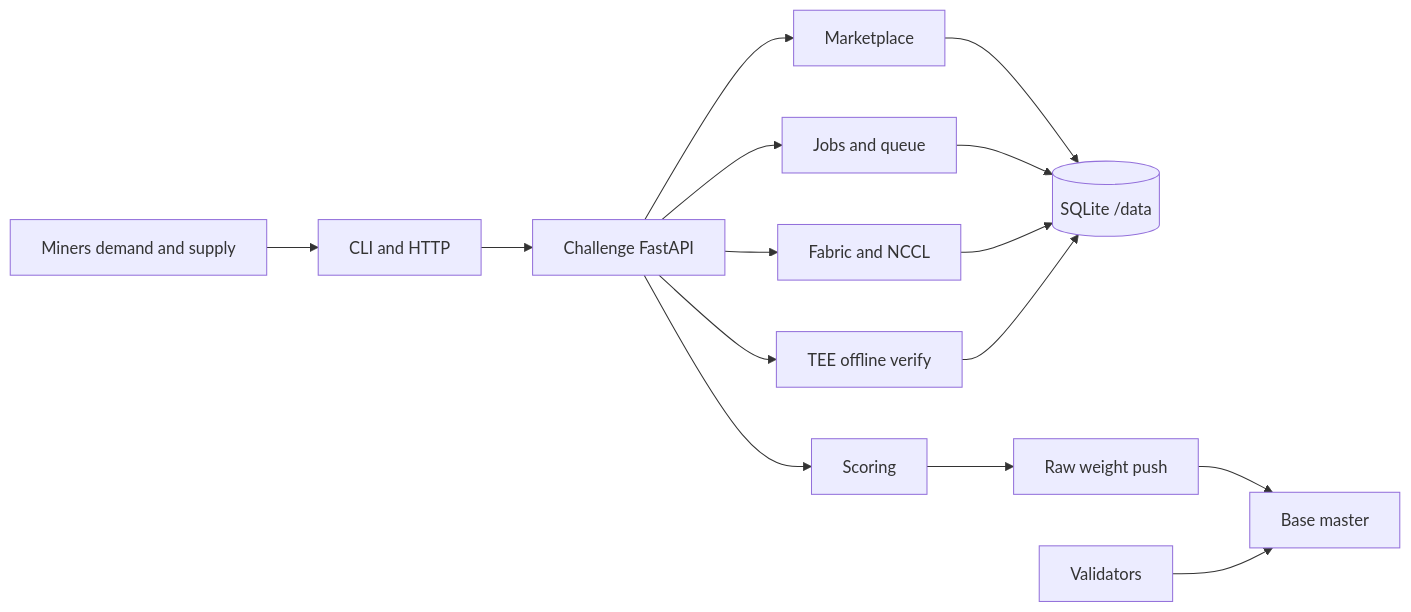
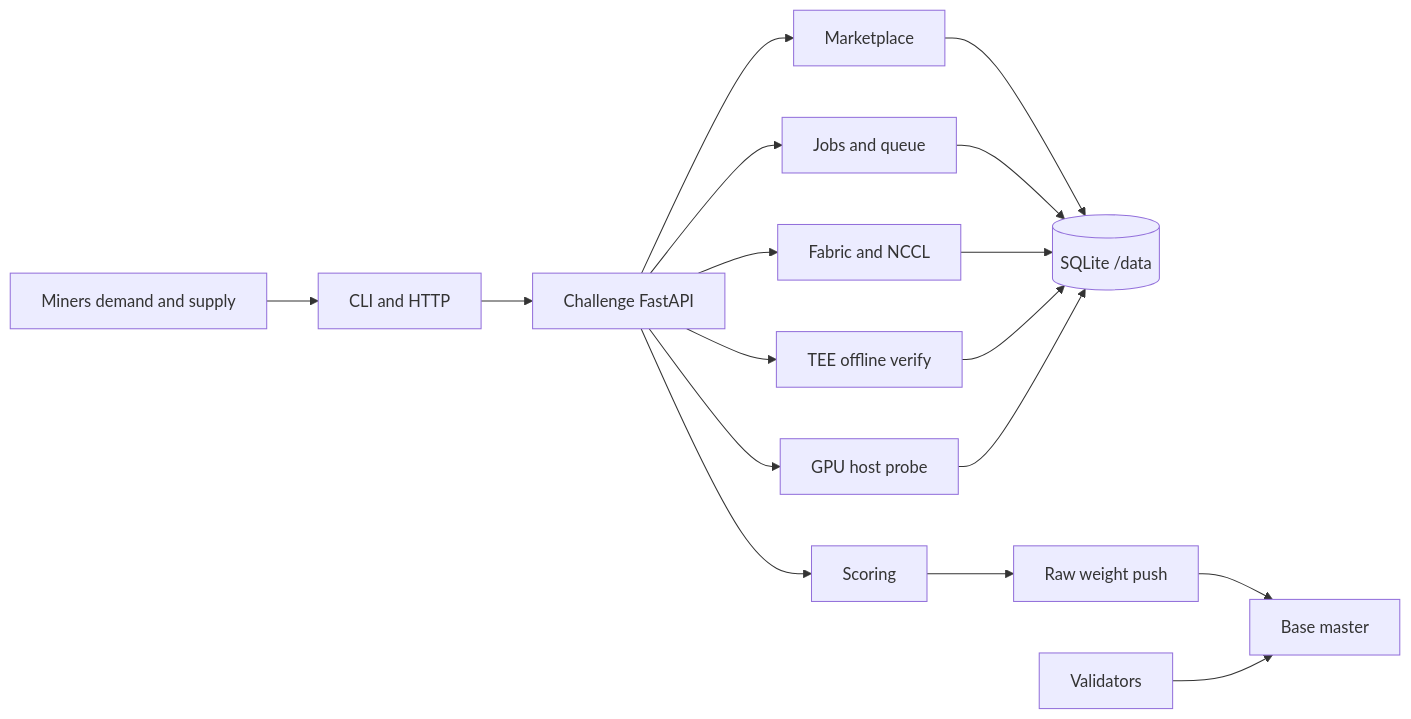
Before and after one commit to BaseIntelligence/hypercluster: the diagram in README.md, drawn with Mermaid. The commit also changed other lines of this file and 6 other files, not shown here.

First line of the commit message:
Document GPU probe fatal table, FakeSsh CI, and Verda fence.

````diff
--- a/README.md
+++ b/README.md
@@ -31,17 +31,19 @@
 ```mermaid
 flowchart LR
   M[Miners demand and supply] --> CLI[CLI and HTTP]
   CLI --> API[Challenge FastAPI]
   API --> MKT[Marketplace]
   API --> JOB[Jobs and queue]
   API --> FAB[Fabric and NCCL]
   API --> TEE[TEE offline verify]
+  API --> PROBE[GPU host probe]
   MKT --> DB[(SQLite /data)]
   JOB --> DB
   FAB --> DB
   TEE --> DB
+  PROBE --> DB
   API --> SCR[Scoring]
   SCR --> W[Raw weight push]
   W --> MAS[Base master]
   VAL[Validators] --> MAS
 ```
````
